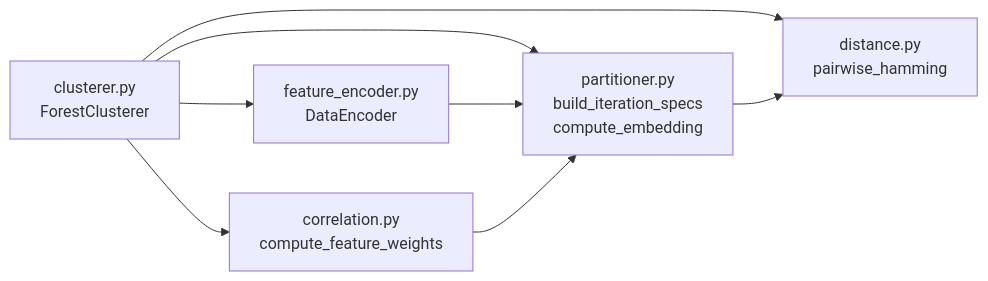
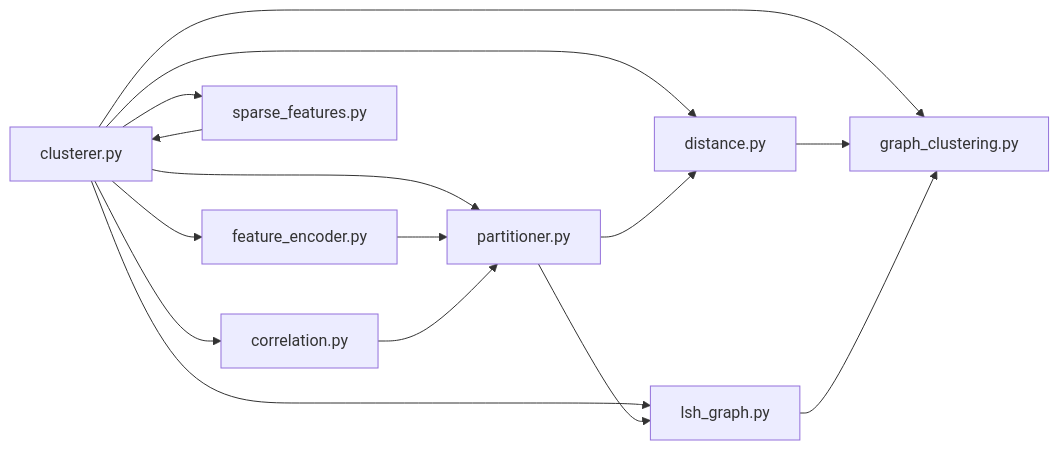
One commit to 4eshireCat/forest_clustering changed the eighth of 8 diagrams in ALGORITHM.md. Above: the diagram before and after it, drawn with Mermaid. The commit also changed other lines of this file and 17 other files, not shown here.

````diff
--- a/ALGORITHM.md
+++ b/ALGORITHM.md
@@ -524,11 +377,17 @@
 ```mermaid
 flowchart LR
-    CLI["clusterer.py\nForestClusterer"] --> FE["feature_encoder.py\nDataEncoder"]
-    CLI --> PART["partitioner.py\nbuild_iteration_specs\ncompute_embedding"]
-    CLI --> CORR["correlation.py\ncompute_feature_weights"]
-    CLI --> DIST["distance.py\npairwise_hamming"]
-
+    CLI["clusterer.py"] --> FE["feature_encoder.py"]
+    CLI --> PART["partitioner.py"]
+    CLI --> CORR["correlation.py"]
+    CLI --> DIST["distance.py"]
+    CLI --> GRAPH["graph_clustering.py"]
+    CLI --> LSH["lsh_graph.py"]
+    CLI --> SPARSE["sparse_features.py"]
     FE --> PART
     CORR --> PART
     PART --> DIST
+    PART --> LSH
+    DIST --> GRAPH
+    LSH --> GRAPH
+    SPARSE --> CLI
 ```
````
